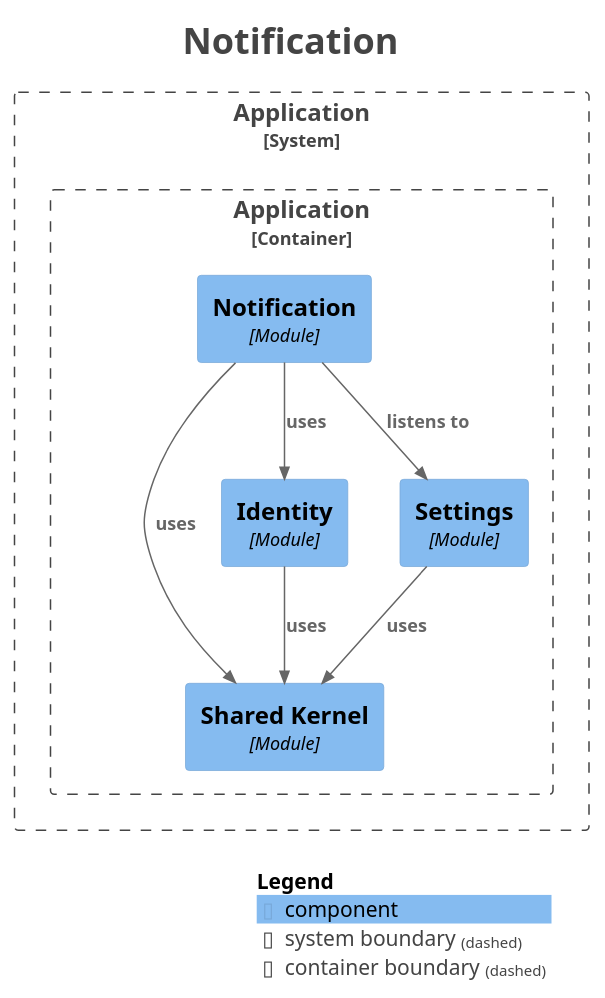
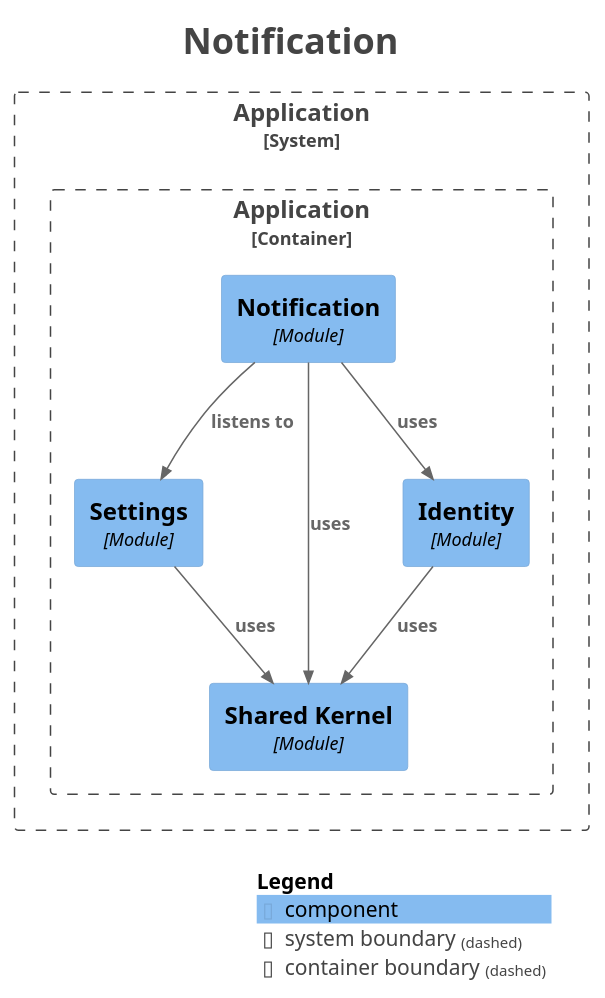
One commit to Paul-Ayesiga/enterprise-modulith-template changed the diagram in docs/modulith/module-notification.puml. Above: the diagram before and after it, drawn with PlantUML. The commit also changed other lines of this file and 33 other files, not shown here.

```diff
--- a/docs/modulith/module-notification.puml
+++ b/docs/modulith/module-notification.puml
@@ -1,36 +1,36 @@
 @startuml
 title <size:24>Notification</size>
 
 set separator none
 top to bottom direction
 
 <style>
   root {
     BackgroundColor: #ffffff
     FontColor: #444444
   }
 </style>
 
 !include <C4/C4>
 !include <C4/C4_Context>
 !include <C4/C4_Component>
 
 System_Boundary("Application_boundary", "Application", $tags="") {
   Container_Boundary("Application.Application_boundary", "Application", $tags="") {
+    Component(Application.Application.Settings, "Settings", $techn="Module", $descr="", $tags="", $link="")
     Component(Application.Application.Notification, "Notification", $techn="Module", $descr="", $tags="", $link="")
     Component(Application.Application.SharedKernel, "Shared Kernel", $techn="Module", $descr="", $tags="", $link="")
     Component(Application.Application.Identity, "Identity", $techn="Module", $descr="", $tags="", $link="")
-    Component(Application.Application.Settings, "Settings", $techn="Module", $descr="", $tags="", $link="")
   }
 
 }
 
-Rel(Application.Application.Identity, Application.Application.SharedKernel, "uses", $techn="", $tags="", $link="")
-Rel(Application.Application.Settings, Application.Application.SharedKernel, "uses", $techn="", $tags="", $link="")
 Rel(Application.Application.Notification, Application.Application.Settings, "listens to", $techn="", $tags="", $link="")
 Rel(Application.Application.Notification, Application.Application.SharedKernel, "uses", $techn="", $tags="", $link="")
 Rel(Application.Application.Notification, Application.Application.Identity, "uses", $techn="", $tags="", $link="")
+Rel(Application.Application.Identity, Application.Application.SharedKernel, "uses", $techn="", $tags="", $link="")
+Rel(Application.Application.Settings, Application.Application.SharedKernel, "uses", $techn="", $tags="", $link="")
 
 SHOW_LEGEND(true)
 hide stereotypes
 @enduml
```
